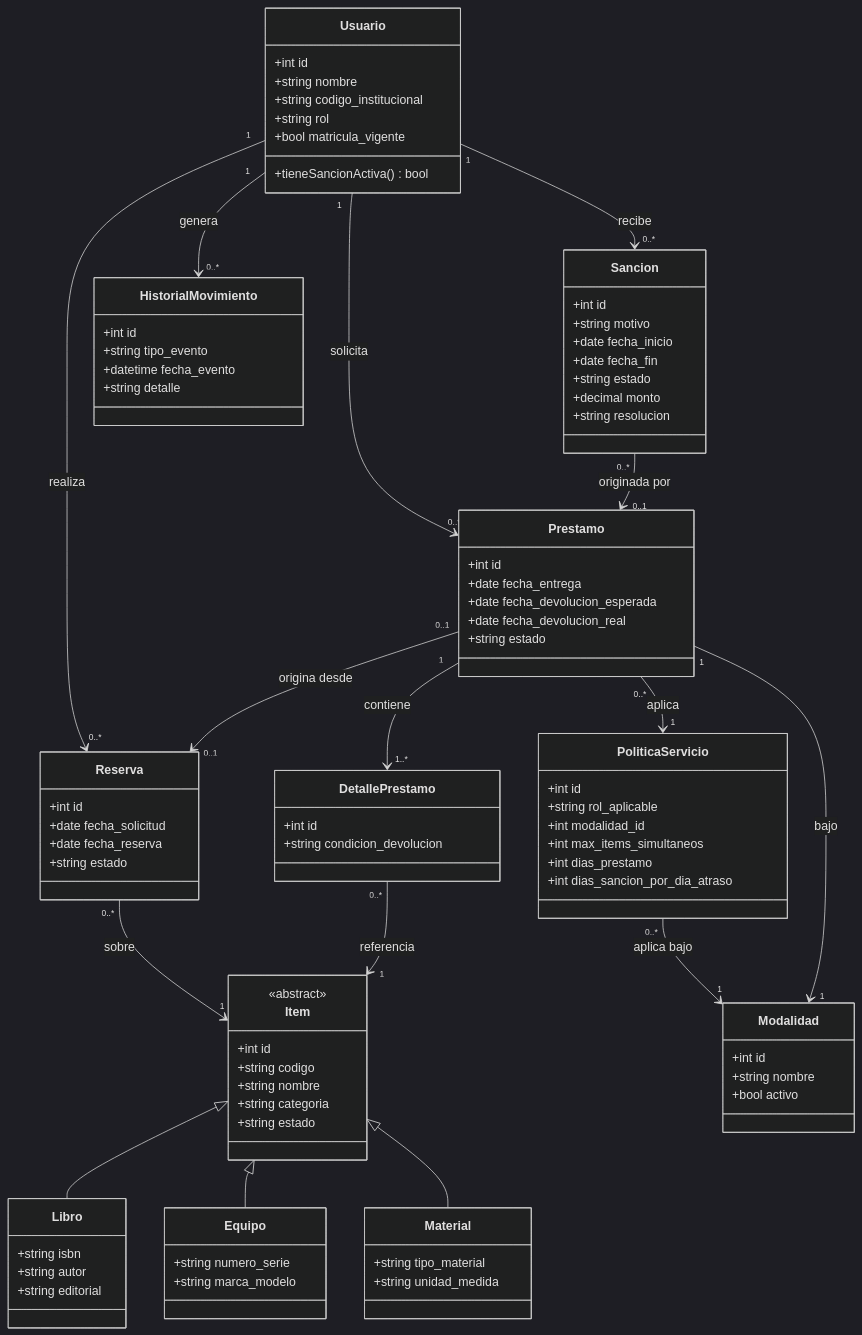
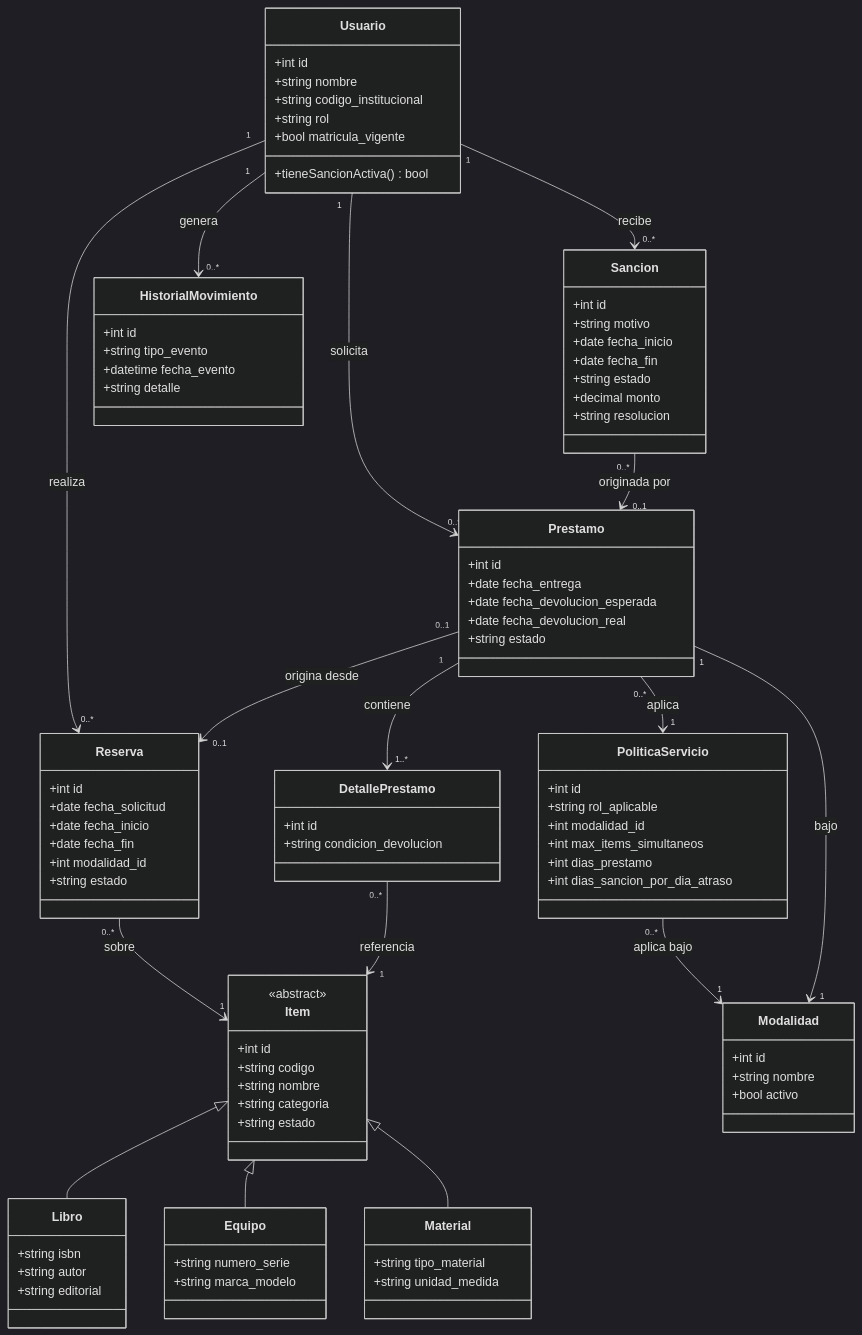
Before and after one commit to LuisEn2005/TI2-Sistema-de-Prestamos-Academico: the diagram in docs/requisitos.md, drawn with Mermaid (dark theme). The commit also changed other lines of this file and 13 other files, not shown here.

```diff
--- a/docs/requisitos.md
+++ b/docs/requisitos.md
@@ -158,7 +161,9 @@
     class Reserva {
         +int id
         +date fecha_solicitud
-        +date fecha_reserva
+        +date fecha_inicio
+        +date fecha_fin
+        +int modalidad_id
         +string estado
     }
 
```
